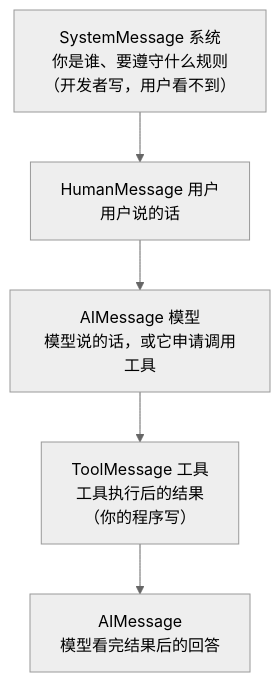
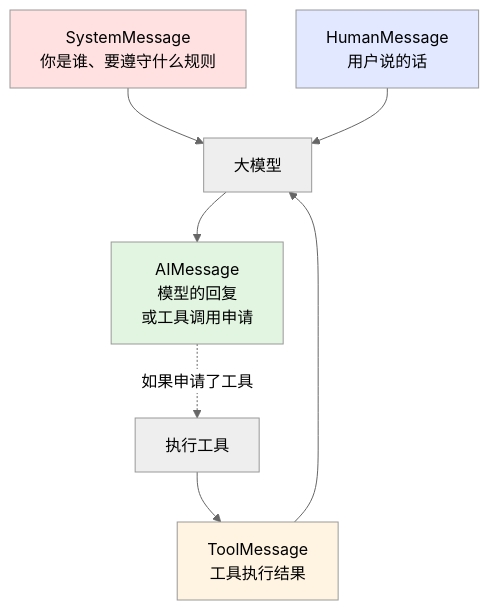
One commit to zerioo1970/summary changed the second of 3 diagrams in LangChain1.3教程/docs/ch02-models-and-messages.md. Above: the diagram before and after it, drawn with Mermaid (neutral theme). The commit also changed other lines of this file and 19 other files, not shown here.

````diff
--- a/LangChain1.3教程/docs/ch02-models-and-messages.md
+++ b/LangChain1.3教程/docs/ch02-models-and-messages.md
@@ -92,7 +176,13 @@
 ```mermaid
-flowchart TD
-    S["SystemMessage 系统<br/>你是谁、要遵守什么规则<br/>（开发者写，用户看不到）"] --> H
-    H["HumanMessage 用户<br/>用户说的话"] --> A
-    A["AIMessage 模型<br/>模型说的话，或它申请调用工具"] --> T
-    T["ToolMessage 工具<br/>工具执行后的结果<br/>（你的程序写）"] --> A2["AIMessage<br/>模型看完结果后的回答"]
+graph TB
+    S["SystemMessage<br/>你是谁、要遵守什么规则"] --> M[大模型]
+    H["HumanMessage<br/>用户说的话"] --> M
+    T["ToolMessage<br/>工具执行结果"] --> M
+    M --> A["AIMessage<br/>模型的回复<br/>或工具调用申请"]
+    A -.如果申请了工具.-> X[执行工具] --> T
+
+    style S fill:#ffe1e1
+    style H fill:#e1e8ff
+    style A fill:#e1f5e1
+    style T fill:#fff4e1
 ```
````
